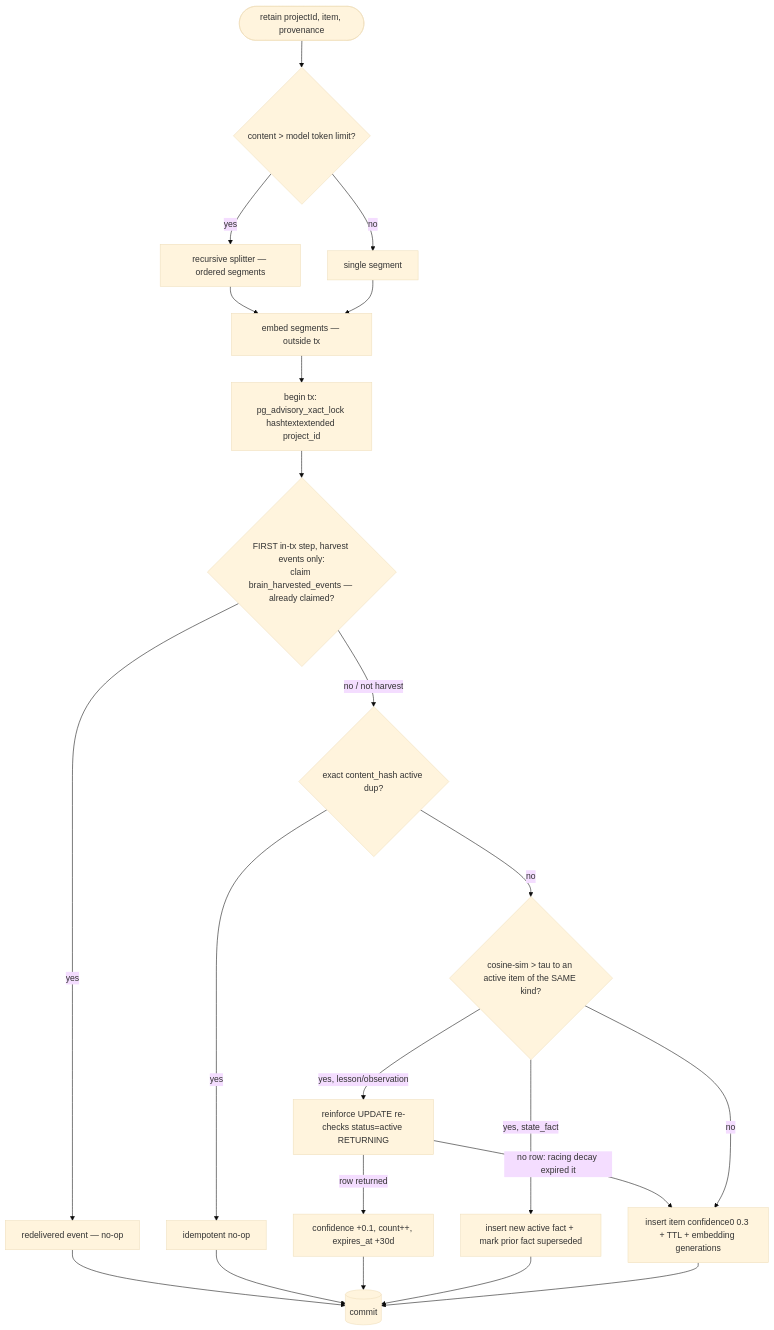
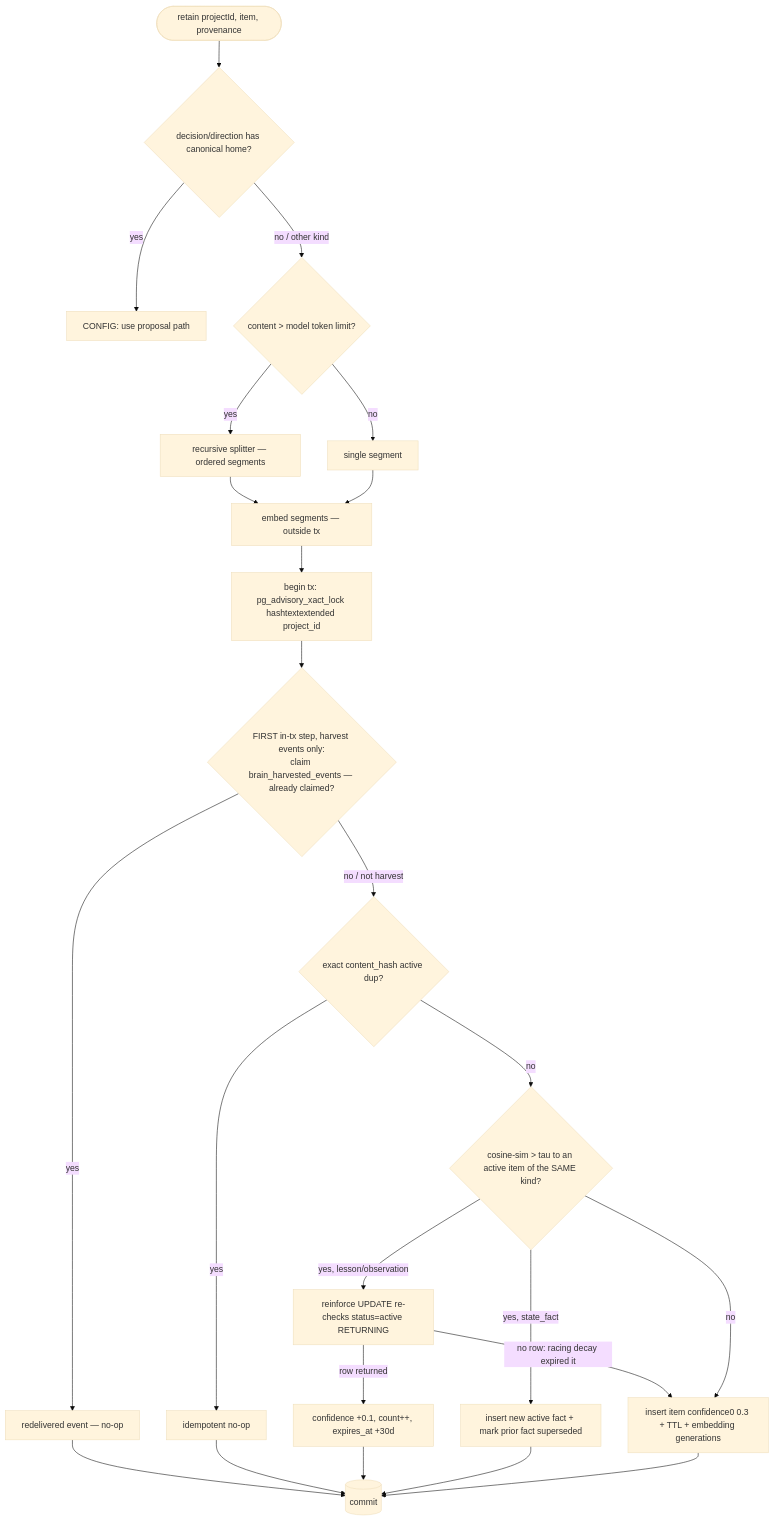
One commit to maister-dev/maister changed the fourth of 10 diagrams in docs/system-analytics/project-brain.md. Above: the diagram before and after it, drawn with Mermaid (base theme). The commit also changed other lines of this file and 31 other files, not shown here.

````diff
--- a/docs/system-analytics/project-brain.md
+++ b/docs/system-analytics/project-brain.md
@@ -201,24 +209,26 @@
 ```mermaid
 flowchart TD
-    S([retain projectId, item, provenance]) --> OV{content > model token limit?}
+    S([retain projectId, item, provenance]) --> HOME{decision/direction has canonical home?}
+    HOME -- yes --> REFUSE[CONFIG: use proposal path]
+    HOME -- no / other kind --> OV{content > model token limit?}
     OV -- yes --> SPL[recursive splitter — ordered segments]
     OV -- no --> ONE[single segment]
     SPL --> EMB[embed segments — outside tx]
     ONE --> EMB
     EMB --> TX[begin tx: pg_advisory_xact_lock hashtextextended project_id]
     TX --> LED{FIRST in-tx step, harvest events only:<br/>claim brain_harvested_events — already claimed?}
     LED -- yes --> RED[redelivered event — no-op]
     LED -- no / not harvest --> HASH{exact content_hash active dup?}
     HASH -- yes --> NOOP[idempotent no-op]
     HASH -- no --> NEAR{cosine-sim > tau to an active item of the SAME kind?}
     NEAR -- yes, lesson/observation --> REIN[reinforce UPDATE re-checks status=active RETURNING]
     NEAR -- yes, state_fact --> SUP[insert new active fact + mark prior fact superseded]
     REIN -- row returned --> OK[confidence +0.1, count++, expires_at +30d]
     REIN -- no row: racing decay expired it --> INS
     NEAR -- no --> INS[insert item confidence0 0.3 + TTL + embedding generations]
     RED --> COMMIT[(commit)]
     NOOP --> COMMIT
     OK --> COMMIT
     SUP --> COMMIT
     INS --> COMMIT
 ```
````
